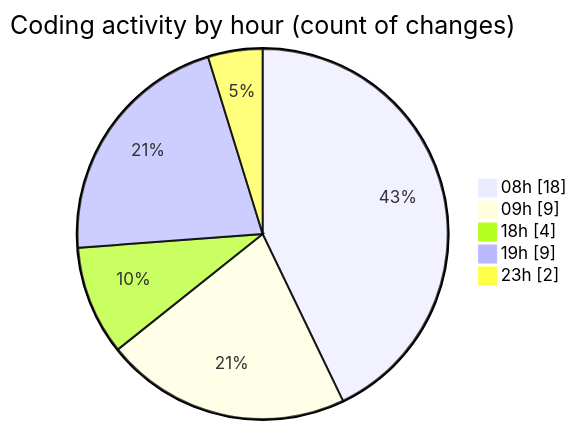
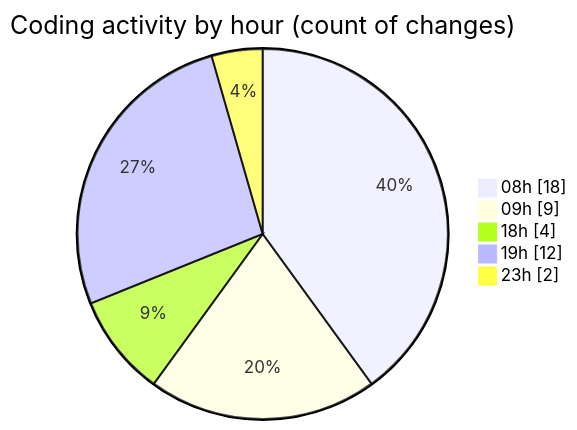
One commit to Elitesun/code-tracking changed the second of 2 diagrams in 2025-05-05/niten/README.md. Above: the diagram before and after it, drawn with Mermaid. The commit also changed other lines of this file and 1 other file, not shown here.

````diff
--- a/2025-05-05/niten/README.md
+++ b/2025-05-05/niten/README.md
@@ -44,9 +44,9 @@
 ```mermaid
 pie showData
 title Coding activity by hour (count of changes)
 "08h" : 18
 "09h" : 9
 "18h" : 4
-"19h" : 9
+"19h" : 12
 "23h" : 2
 ```
````
